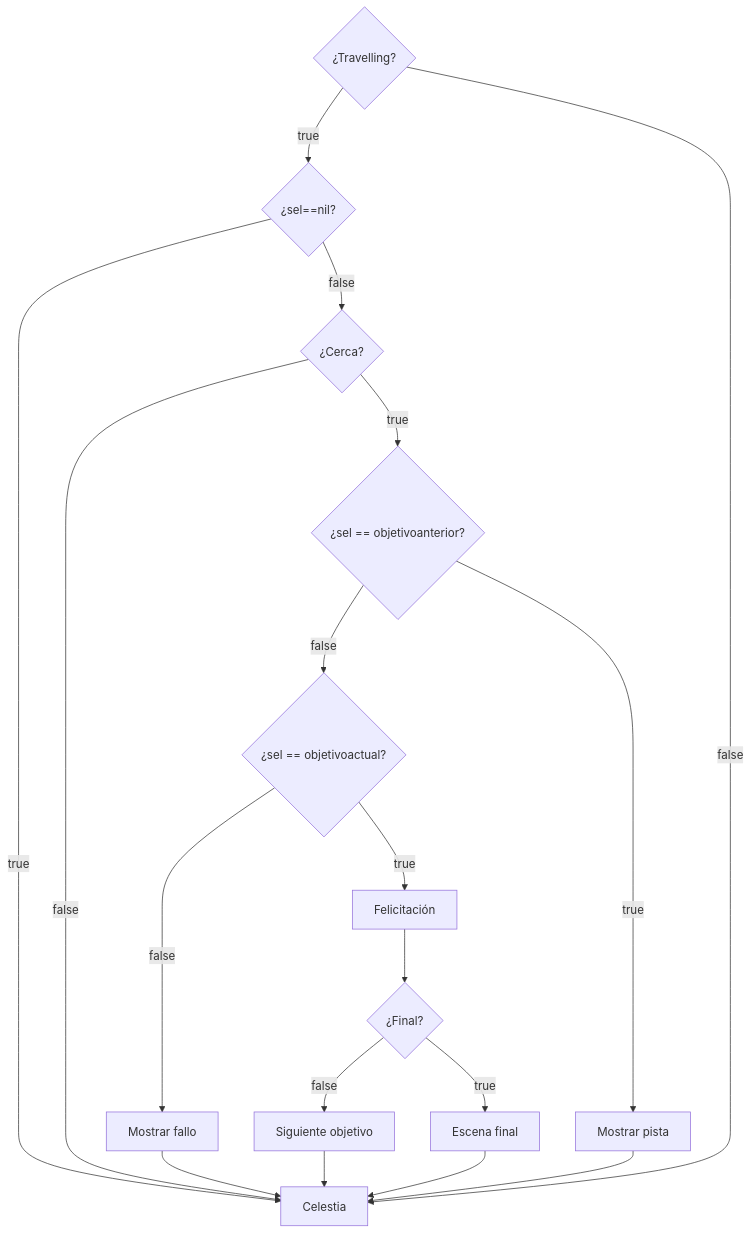
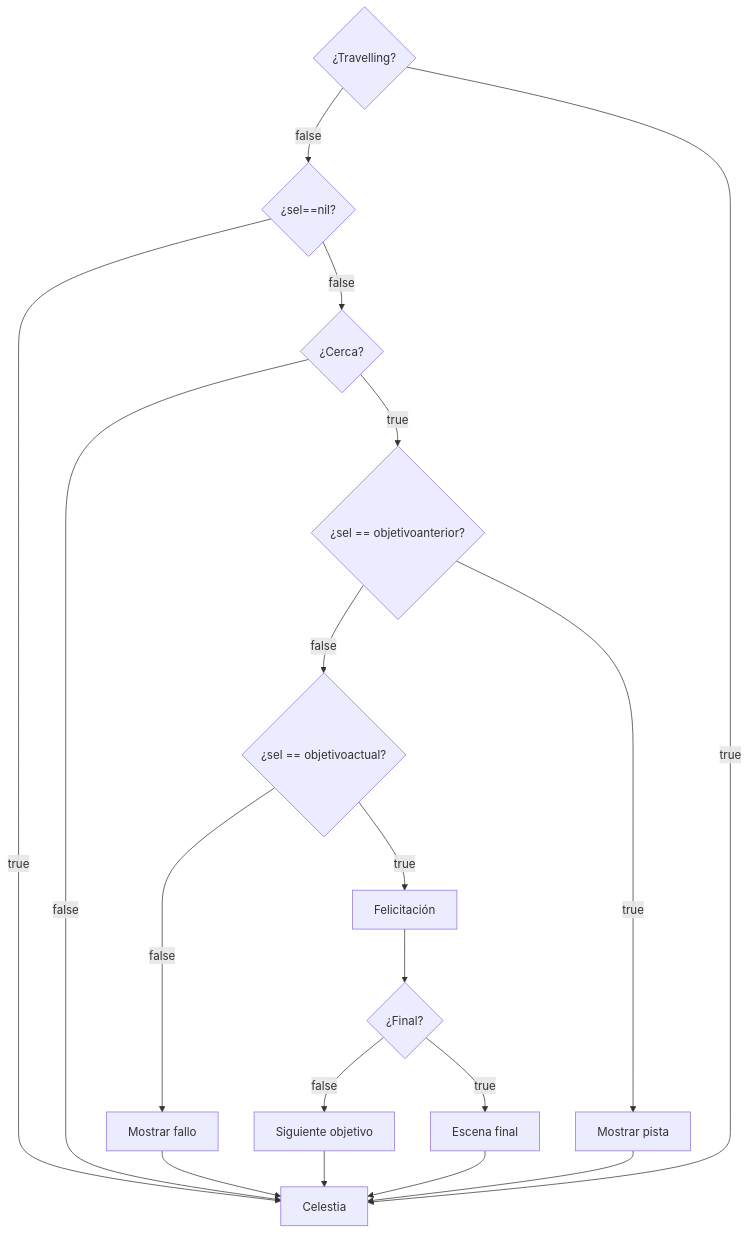
One commit to GeGeFe/BusquedadelTesoroEspacial changed the diagram in Versión 2/README.md. Above: the diagram before and after it, drawn with Mermaid.

Commit message:
Corregí diagrama.

````diff
--- a/Versión 2/README.md
+++ b/Versión 2/README.md
@@ -72,20 +72,20 @@
 ```mermaid
 flowchart TD
-    Travelling{¿Travelling?} -->|true| Select{ ¿sel==nil?};
-    Travelling-->|false| Celestia;
+    Travelling{¿Travelling?} -->|false| Select{ ¿sel==nil?};
+    Travelling-->|true| Celestia;
     Select-->|true| Celestia;
     Select-->|false| Cerca{¿Cerca?};
     Cerca-->|false| Celestia;
     Cerca-->|true| Anterior{¿sel == objetivoanterior?};
     Anterior-->|false| Actual{¿sel == objetivoactual?};
     Anterior-->|true| Pista[Mostrar pista];
     Actual-->|false| Fallo[Mostrar fallo];
     Actual-->|true| Felicitacion[Felicitación];
     Felicitacion-->Final{¿Final?};
     Final-->|false| Siguiente[Siguiente objetivo];
     Final-->|true| EscenaFinal[Escena final];
     Siguiente-->Celestia;
     Pista-->Celestia;
     Fallo-->Celestia;
     EscenaFinal-->Celestia;
 ```
````
